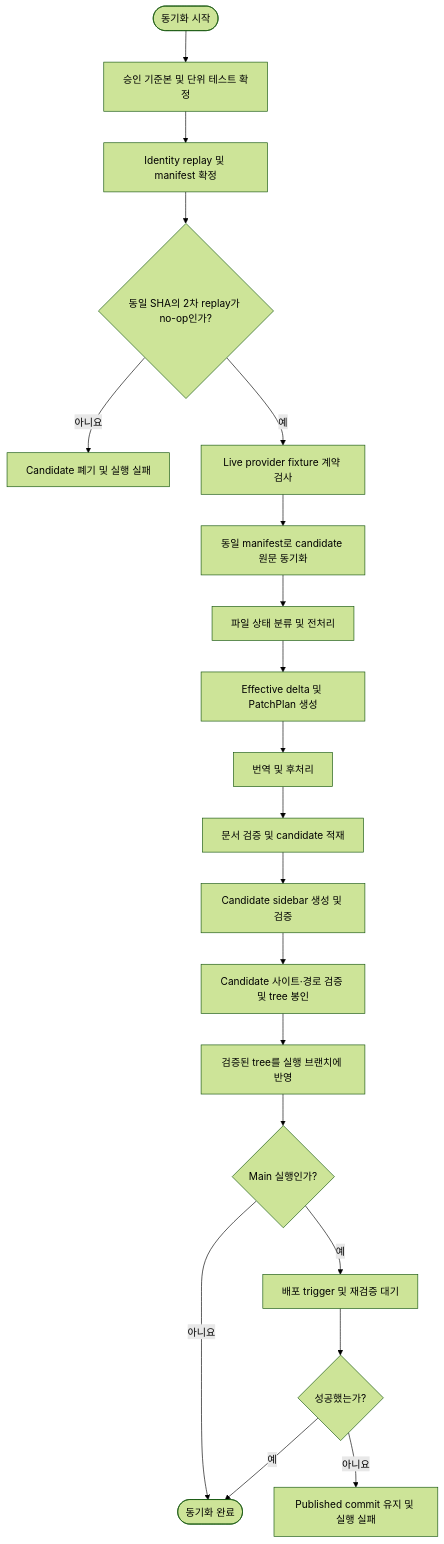
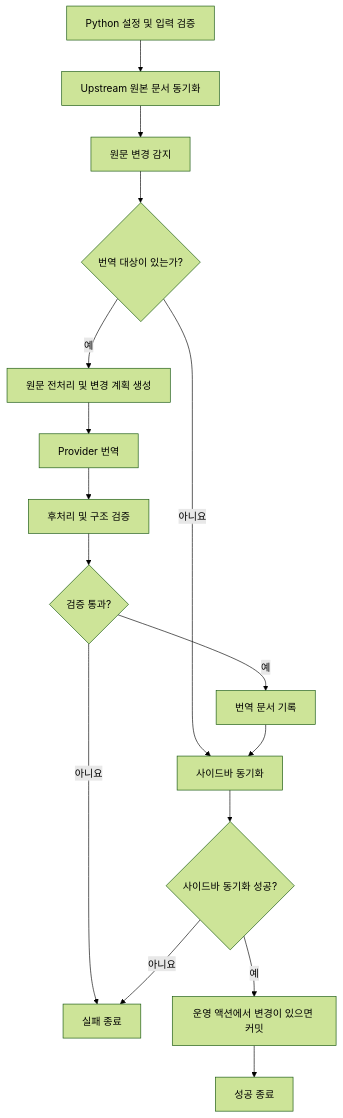
Before and after one commit to letsescape/laravel-docs: the diagram in translation-sync/docs/00-workflow-summary.md, drawn with Mermaid (forest theme). The commit also changed other lines of this file and 8 other files, not shown here.

````diff
--- a/translation-sync/docs/00-workflow-summary.md
+++ b/translation-sync/docs/00-workflow-summary.md
@@ -11,22 +16,18 @@
 ```mermaid
 flowchart TD
-    A([동기화 시작]) --> B[승인 기준본 및 단위 테스트 확정]
-    B --> C[Identity replay 및 manifest 확정]
-    C --> D{동일 SHA의 2차 replay가 no-op인가?}
-    D -- 아니요 --> X[Candidate 폐기 및 실행 실패]
-    D -- 예 --> E[Live provider fixture 계약 검사]
-    E --> F[동일 manifest로 candidate 원문 동기화]
-    F --> G[파일 상태 분류 및 전처리]
-    G --> H[Effective delta 및 PatchPlan 생성]
-    H --> I[번역 및 후처리]
-    I --> J[문서 검증 및 candidate 적재]
-    J --> K[Candidate sidebar 생성 및 검증]
-    K --> L[Candidate 사이트·경로 검증 및 tree 봉인]
-    L --> M[검증된 tree를 실행 브랜치에 반영]
-    M --> O{Main 실행인가?}
-    O -- 아니요 --> N([동기화 완료])
-    O -- 예 --> P[배포 trigger 및 재검증 대기]
-    P --> Q{성공했는가?}
-    Q -- 예 --> N
-    Q -- 아니요 --> Y[Published commit 유지 및 실행 실패]
+    A[Python 설정 및 입력 검증] --> B[Upstream 원본 문서 동기화]
+    B --> C[원문 변경 감지]
+    C --> D{번역 대상이 있는가?}
+    D -- 아니요 --> J[사이드바 동기화]
+    D -- 예 --> E[원문 전처리 및 변경 계획 생성]
+    E --> F[Provider 번역]
+    F --> G[후처리 및 구조 검증]
+    G --> H{검증 통과?}
+    H -- 아니요 --> X[실패 종료]
+    H -- 예 --> I[번역 문서 기록]
+    I --> J
+    J --> L{사이드바 동기화 성공?}
+    L -- 아니요 --> X
+    L -- 예 --> M[운영 액션에서 변경이 있으면 커밋]
+    M --> K[성공 종료]
 ```
````
